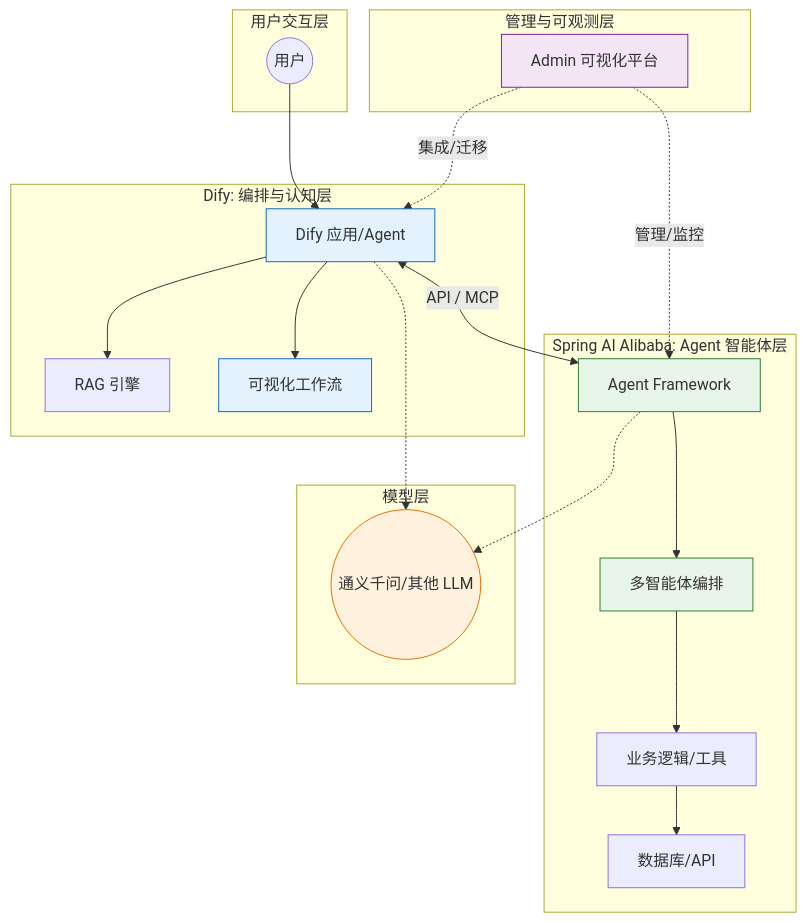
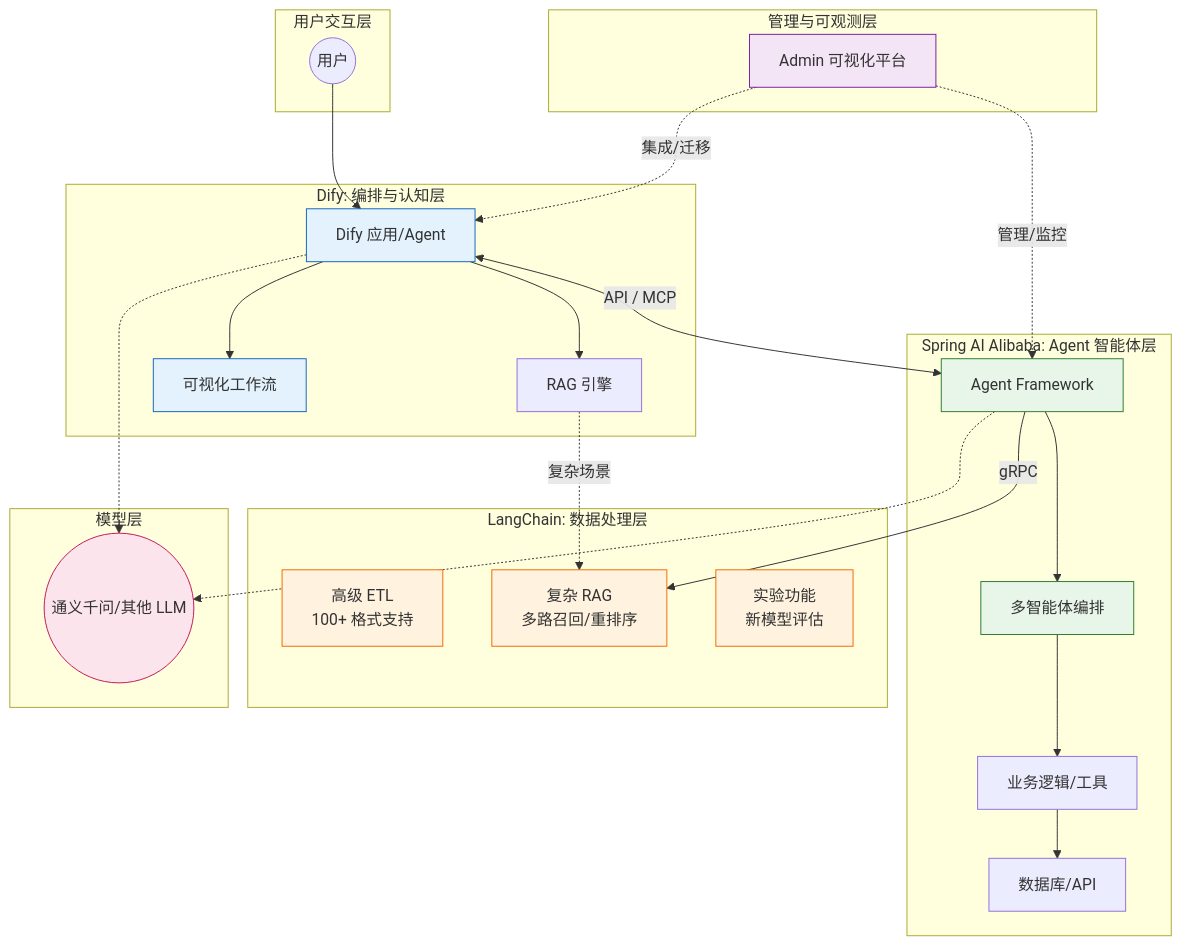
Before and after one commit to hanwei808/ai-product-production-guide: the fourth of 10 diagrams in README.md, drawn with Mermaid. The commit also changed other lines of this file, not shown here.

Commit message:
更新 README.md，增强开发环境与数据处理层的描述，新增 LangChain 相关内容及协作架构表

````diff
--- a/README.md
+++ b/README.md
@@ -163,46 +172,57 @@
 ```mermaid
 graph TD
     subgraph User_Layer [用户交互层]
         User((用户))
     end
 
     subgraph Orchestration_Layer [Dify: 编排与认知层]
         DifyApp[Dify 应用/Agent]
         RAG[RAG 引擎]
         Workflow[可视化工作流]
     end
 
     subgraph Agent_Layer [Spring AI Alibaba: Agent 智能体层]
         SpringAgent[Agent Framework]
         MultiAgent[多智能体编排]
         BizLogic[业务逻辑/工具]
         DataAccess[数据库/API]
     end
 
+    subgraph Data_Layer [LangChain: 数据处理层]
+        LC_ETL[高级 ETL<br/>100+ 格式支持]
+        LC_RAG[复杂 RAG<br/>多路召回/重排序]
+        LC_Exp[实验功能<br/>新模型评估]
+    end
+
     subgraph Admin_Layer [管理与可观测层]
         Admin[Admin 可视化平台]
     end
 
     subgraph Model_Layer [模型层]
         LLM((通义千问/其他 LLM))
     end
 
     User --> DifyApp
     DifyApp --> RAG
     DifyApp --> Workflow
     DifyApp <-->|API / MCP| SpringAgent
     SpringAgent --> MultiAgent
     MultiAgent --> BizLogic
     BizLogic --> DataAccess
+    SpringAgent -->|gRPC| LC_RAG
+    RAG -.->|复杂场景| LC_RAG
     DifyApp -.-> LLM
     SpringAgent -.-> LLM
     Admin -.->|集成/迁移| DifyApp
     Admin -.->|管理/监控| SpringAgent
 
     style DifyApp fill:#e3f2fd,stroke:#1565c0
     style Workflow fill:#e3f2fd,stroke:#1565c0
     style SpringAgent fill:#e8f5e9,stroke:#2e7d32
     style MultiAgent fill:#e8f5e9,stroke:#2e7d32
-    style LLM fill:#fff3e0,stroke:#ef6c00
+    style LC_ETL fill:#fff3e0,stroke:#ef6c00
+    style LC_RAG fill:#fff3e0,stroke:#ef6c00
+    style LC_Exp fill:#fff3e0,stroke:#ef6c00
+    style LLM fill:#fce4ec,stroke:#c2185b
     style Admin fill:#f3e5f5,stroke:#7b1fa2
 ```
````
